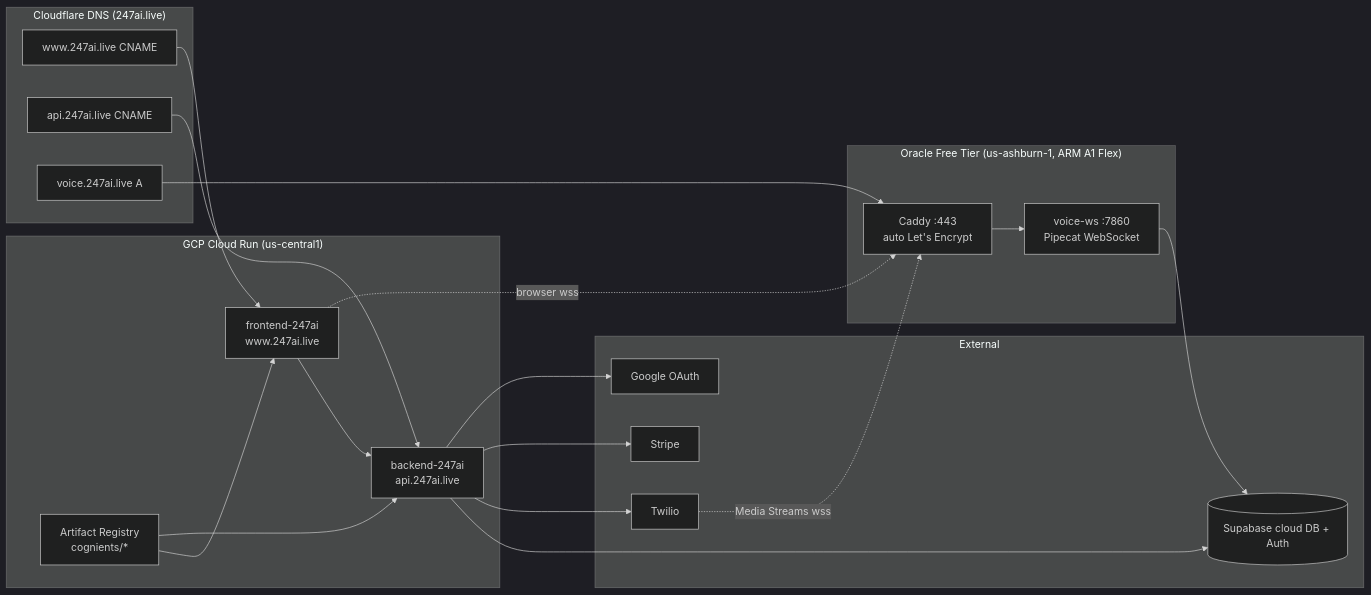
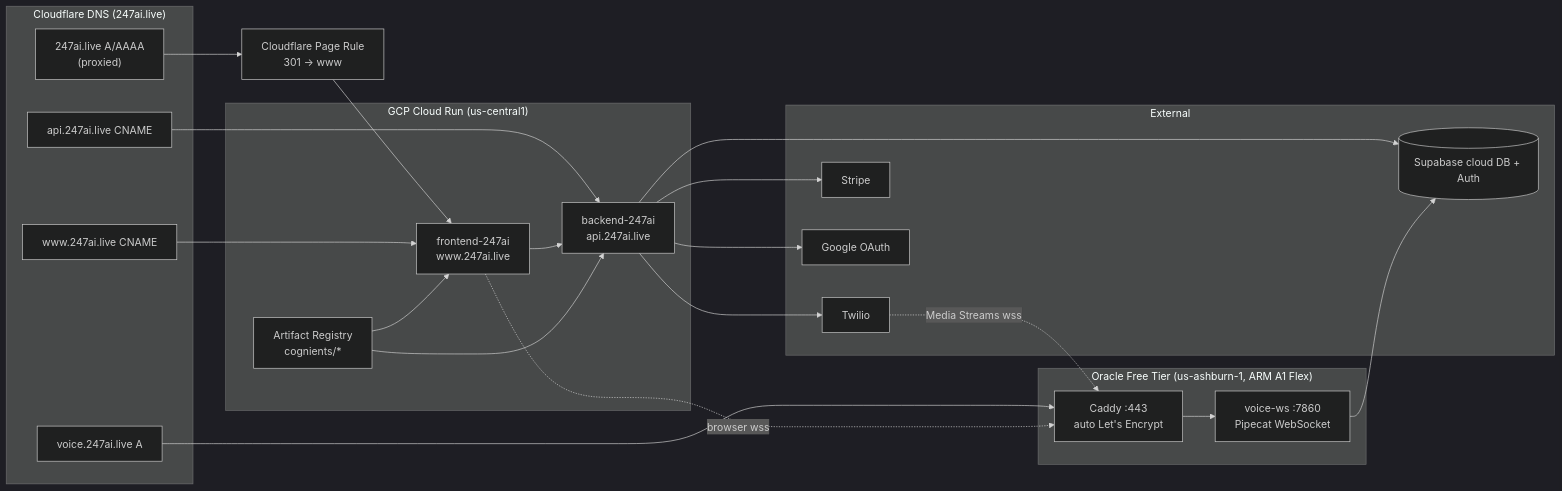
One commit to gauravdhiman/a1-voice-agent-platform changed the diagram in docs/05_operations/deployment/runbook.md. Above: the diagram before and after it, drawn with Mermaid (dark theme). The commit also changed other lines of this file and 22 other files, not shown here.

````diff
--- a/docs/05_operations/deployment/runbook.md
+++ b/docs/05_operations/deployment/runbook.md
@@ -7,37 +7,40 @@
 ```mermaid
 flowchart LR
     subgraph Cloudflare["Cloudflare DNS (247ai.live)"]
+        DNSapex["247ai.live A/AAAA<br/>(proxied)"]
         DNSwww["www.247ai.live CNAME"]
         DNSapi["api.247ai.live CNAME"]
         DNSvoice["voice.247ai.live A"]
     end
     subgraph GCP["GCP Cloud Run (us-central1)"]
         FE["frontend-247ai<br/>www.247ai.live"]
         BE["backend-247ai<br/>api.247ai.live"]
         AR[Artifact Registry<br/>cognients/*]
     end
     subgraph OCI["Oracle Free Tier (us-ashburn-1, ARM A1 Flex)"]
         CADDY[Caddy :443<br/>auto Let's Encrypt]
         VW[voice-ws :7860<br/>Pipecat WebSocket]
     end
     subgraph External
         SB[(Supabase cloud DB + Auth)]
         TW[Twilio]
         ST[Stripe]
         GOOG[Google OAuth]
     end
+    DNSapex --> EdgeRedirect["Cloudflare Page Rule<br/>301 → www"]
+    EdgeRedirect --> FE
     DNSwww --> FE
     DNSapi --> BE
     DNSvoice --> CADDY
     FE --> BE
     BE --> SB
     BE --> TW
     BE --> ST
     BE --> GOOG
     FE -.browser wss.-> CADDY
     TW -.Media Streams wss.-> CADDY
     CADDY --> VW
     VW --> SB
     AR --> FE
     AR --> BE
 ```
````
